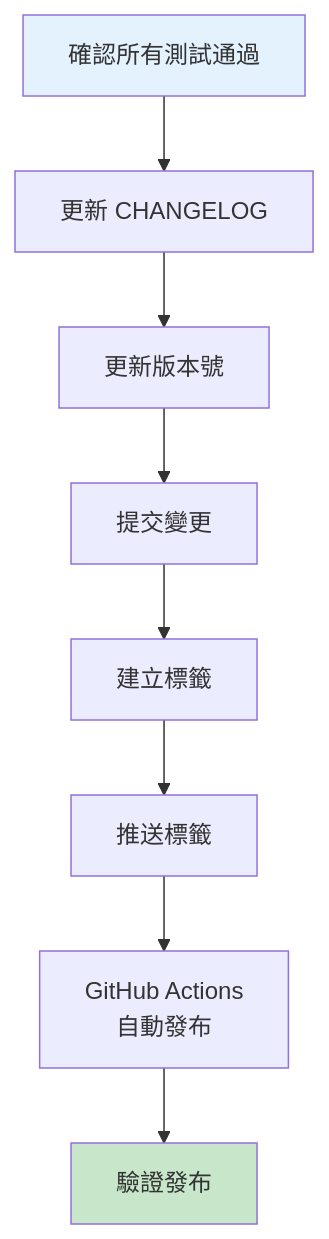
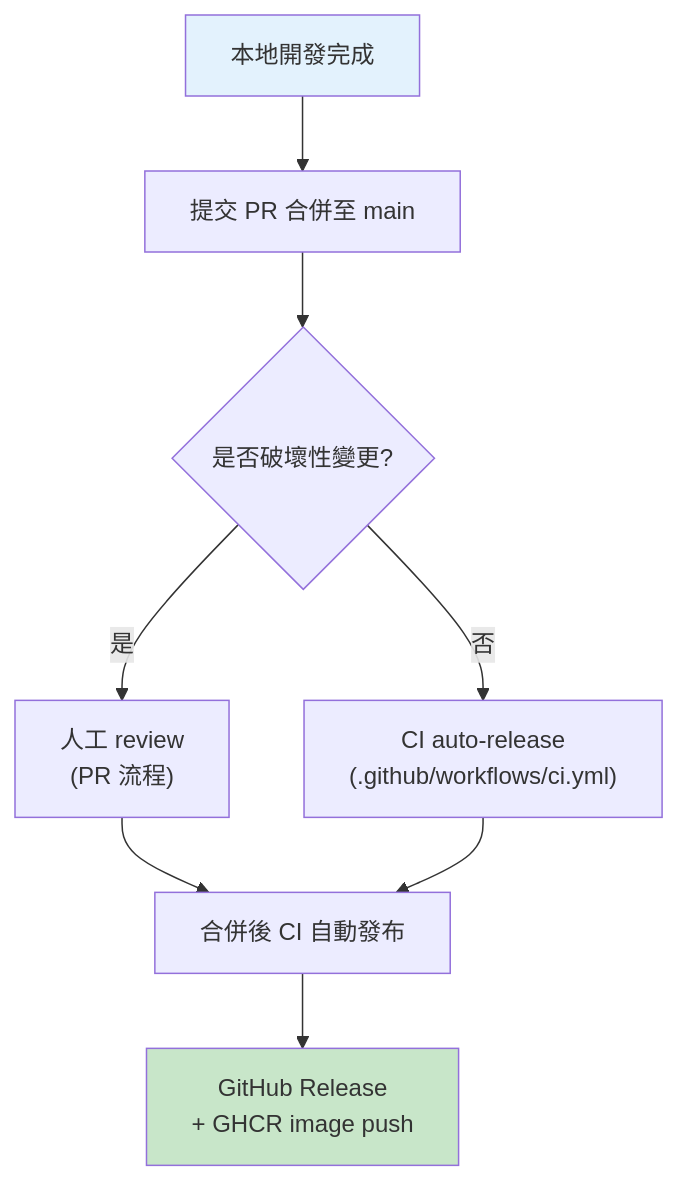
The fifth of 5 diagrams in docs/CONTRIBUTING.md (tryweb/ai-engkit), drawn with Mermaid before and after one commit. The commit also changed other lines of this file, not shown here.

First line of the commit message:
docs(contributing): point release flow to /release skill and CI auto-release

````diff
--- a/docs/CONTRIBUTING.md
+++ b/docs/CONTRIBUTING.md
@@ -362,13 +364,13 @@
 ```mermaid
 flowchart TD
-    A["確認所有測試通過"] --> B["更新 CHANGELOG"]
-    B --> C["更新版本號"]
-    C --> D["提交變更"]
-    D --> E["建立標籤"]
-    E --> F["推送標籤"]
-    F --> G["GitHub Actions<br/>自動發布"]
-    G --> H["驗證發布"]
+    A["本地開發完成"] --> B["提交 PR 合併至 main"]
+    B --> C{是否破壞性變更?}
+    C -->|是| D["人工 review<br/>(PR 流程)"]
+    C -->|否| E["CI auto-release<br/>(.github/workflows/ci.yml)"]
+    D --> F["合併後 CI 自動發布"]
+    E --> F
+    F --> G["GitHub Release<br/>+ GHCR image push"]
 
     style A fill:#e3f2fd
-    style H fill:#c8e6c9
+    style G fill:#c8e6c9
 ```
````
